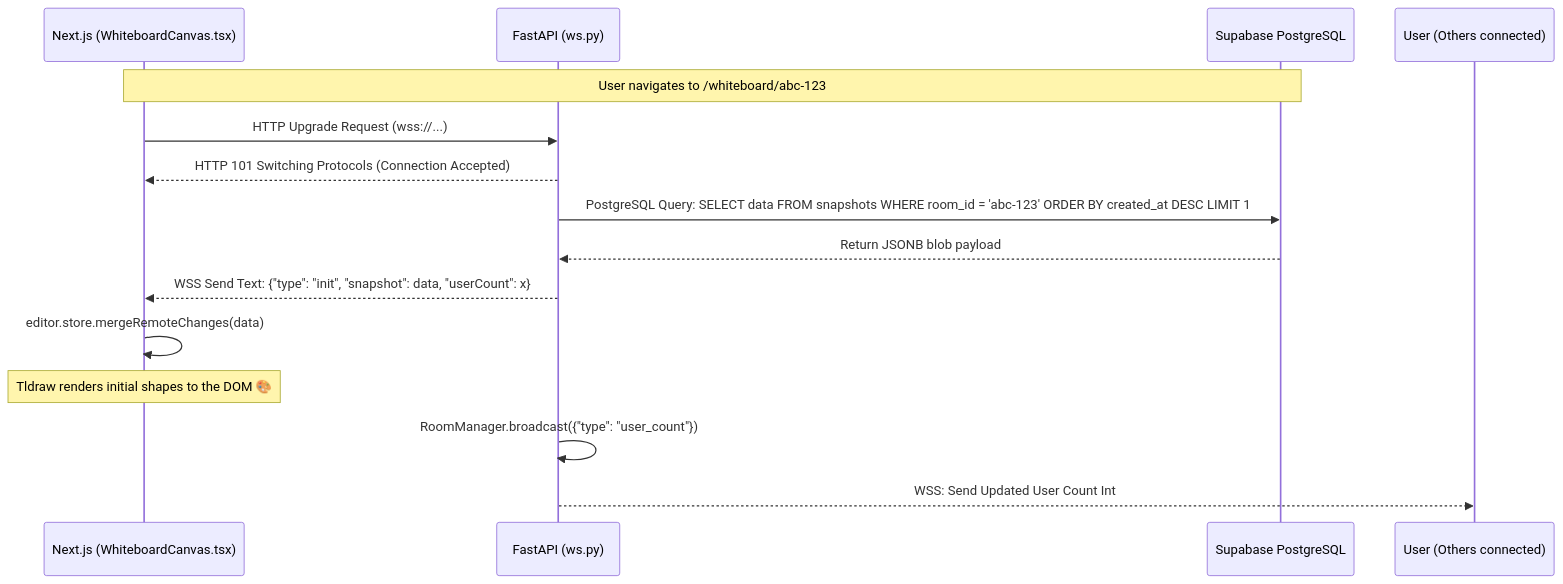
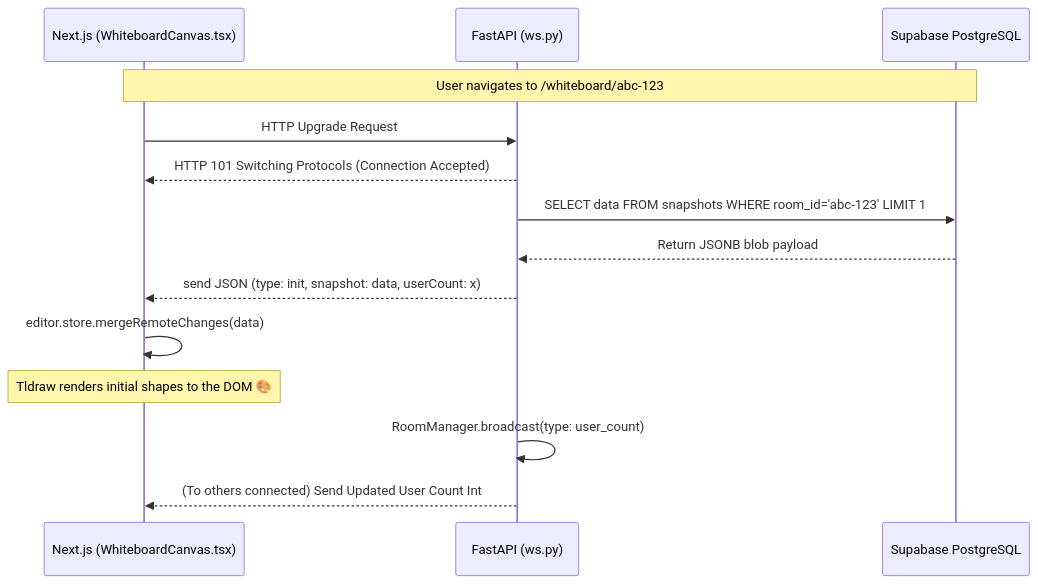
Before and after one commit to alexli8408/CoWhiteboard: the second of 3 diagrams in devlog.md, drawn with Mermaid. The commit also changed other lines of this file, not shown here.

Commit message:
fix: resolve mermaid sequence diagram syntax errors

````diff
--- a/devlog.md
+++ b/devlog.md
@@ -181,22 +181,22 @@
 ```mermaid
 sequenceDiagram
     participant User as Next.js (WhiteboardCanvas.tsx)
     participant WS as FastAPI (ws.py)
     participant DB as Supabase PostgreSQL
 
-    Note over User, DB: User navigates to /whiteboard/abc-123
+    Note over User,DB: User navigates to /whiteboard/abc-123
 
-    User->>WS: HTTP Upgrade Request (wss://...)
+    User->>WS: HTTP Upgrade Request
     WS-->>User: HTTP 101 Switching Protocols (Connection Accepted)
 
-    WS->>DB: PostgreSQL Query: SELECT data FROM snapshots WHERE room_id = 'abc-123' ORDER BY created_at DESC LIMIT 1
+    WS->>DB: SELECT data FROM snapshots WHERE room_id='abc-123' LIMIT 1
     DB-->>WS: Return JSONB blob payload
 
-    WS-->>User: WSS Send Text: {"type": "init", "snapshot": data, "userCount": x}
+    WS-->>User: send JSON (type: init, snapshot: data, userCount: x)
 
     User->>User: editor.store.mergeRemoteChanges(data)
     Note over User: Tldraw renders initial shapes to the DOM 🎨
 
-    WS->>WS: RoomManager.broadcast({"type": "user_count"})
-    WS-->>User (Others connected): WSS: Send Updated User Count Int
+    WS->>WS: RoomManager.broadcast(type: user_count)
+    WS-->>User: (To others connected) Send Updated User Count Int
 ```
````
